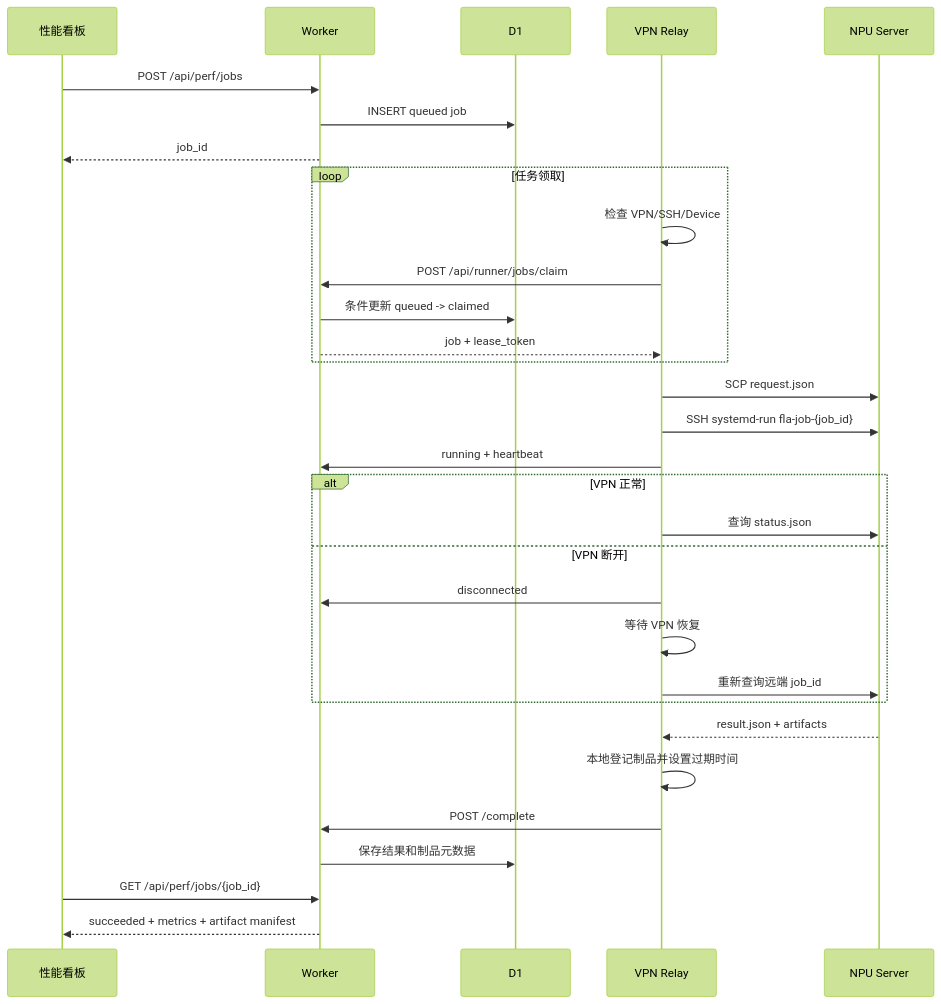
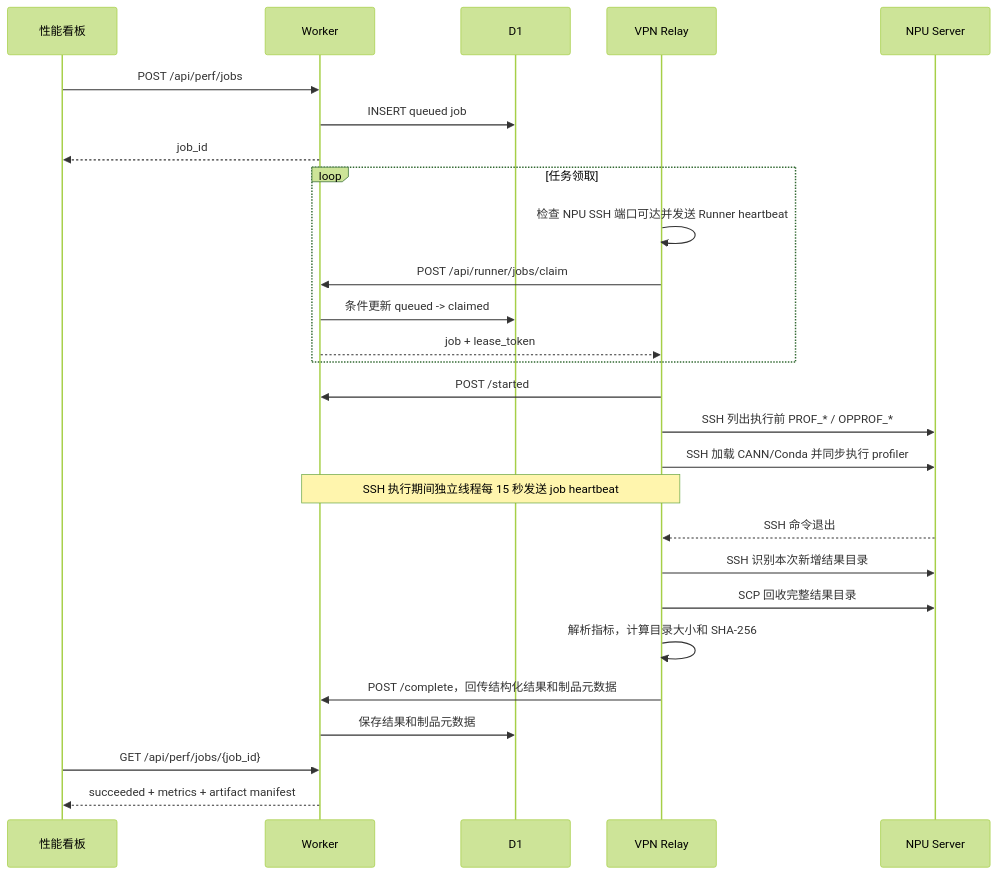
One commit to fazhenyao/flash-linear-attention-npu-io changed the second of 3 diagrams in docs/npu-vpn-runner-design.md. Above: the diagram before and after it, drawn with Mermaid (forest theme). The commit also changed other lines of this file, not shown here.

Commit message:
Update NPU Relay design to match deployment

````diff
--- a/docs/npu-vpn-runner-design.md
+++ b/docs/npu-vpn-runner-design.md
@@ -174,38 +178,32 @@
 ```mermaid
 sequenceDiagram
     participant UI as 性能看板
     participant W as Worker
     participant D as D1
     participant R as VPN Relay
     participant N as NPU Server
 
     UI->>W: POST /api/perf/jobs
     W->>D: INSERT queued job
     W-->>UI: job_id
 
     loop 任务领取
-        R->>R: 检查 VPN/SSH/Device
+        R->>R: 检查 NPU SSH 端口可达并发送 Runner heartbeat
         R->>W: POST /api/runner/jobs/claim
         W->>D: 条件更新 queued -> claimed
         W-->>R: job + lease_token
     end
 
-    R->>N: SCP request.json
-    R->>N: SSH systemd-run fla-job-{job_id}
-    R->>W: running + heartbeat
-
-    alt VPN 正常
-        R->>N: 查询 status.json
-    else VPN 断开
-        R->>W: disconnected
-        R->>R: 等待 VPN 恢复
-        R->>N: 重新查询远端 job_id
-    end
-
-    N-->>R: result.json + artifacts
-    R->>R: 本地登记制品并设置过期时间
-    R->>W: POST /complete
+    R->>W: POST /started
+    R->>N: SSH 列出执行前 PROF_* / OPPROF_*
+    R->>N: SSH 加载 CANN/Conda 并同步执行 profiler
+    Note over R,W: SSH 执行期间独立线程每 15 秒发送 job heartbeat
+    N-->>R: SSH 命令退出
+    R->>N: SSH 识别本次新增结果目录
+    R->>N: SCP 回收完整结果目录
+    R->>R: 解析指标，计算目录大小和 SHA-256
+    R->>W: POST /complete，回传结构化结果和制品元数据
     W->>D: 保存结果和制品元数据
     UI->>W: GET /api/perf/jobs/{job_id}
     W-->>UI: succeeded + metrics + artifact manifest
 ```
````
